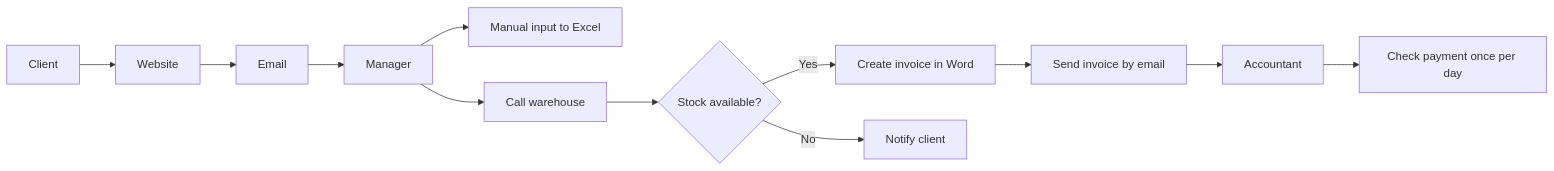
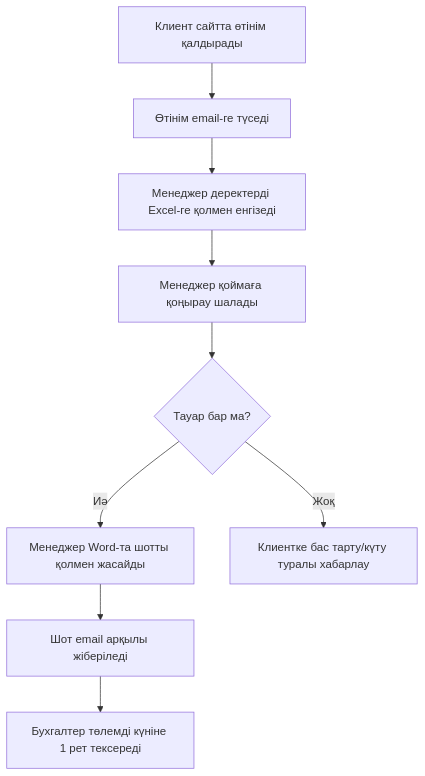
One commit to thuki7646-spec/as-is-to-be changed the diagram in README.md. Above: the diagram before and after it, drawn with Mermaid.

````diff
--- a/README.md
+++ b/README.md
@@ -1,18 +1,11 @@
 ```mermaid
-flowchart LR
-    Client[Client] --> Site[Website]
-    Site --> Email[Email]
-    Email --> Manager[Manager]
-
-    Manager --> Excel[Manual input to Excel]
-    Manager --> Call[Call warehouse]
-
-    Call --> Stock{Stock available?}
-
-    Stock -->|Yes| Invoice[Create invoice in Word]
-    Stock -->|No| Notify[Notify client]
-
-    Invoice --> Send[Send invoice by email]
-    Send --> Accountant[Accountant]
-    Accountant --> Check[Check payment once per day]
+flowchart TD
+    A[Клиент сайтта өтінім қалдырады] --> B[Өтінім email-ге түседі]
+    B --> C[Менеджер деректерді Excel-ге қолмен енгізеді]
+    C --> D[Менеджер қоймаға қоңырау шалады]
+    D --> E{Тауар бар ма?}
+    E -- Иә --> F[Менеджер Word-та шотты қолмен жасайды]
+    E -- Жоқ --> G[Клиентке бас тарту/күту туралы хабарлау]
+    F --> H[Шот email арқылы жіберіледі]
+    H --> I[Бухгалтер төлемді күніне 1 рет тексереді]
 ```
````
